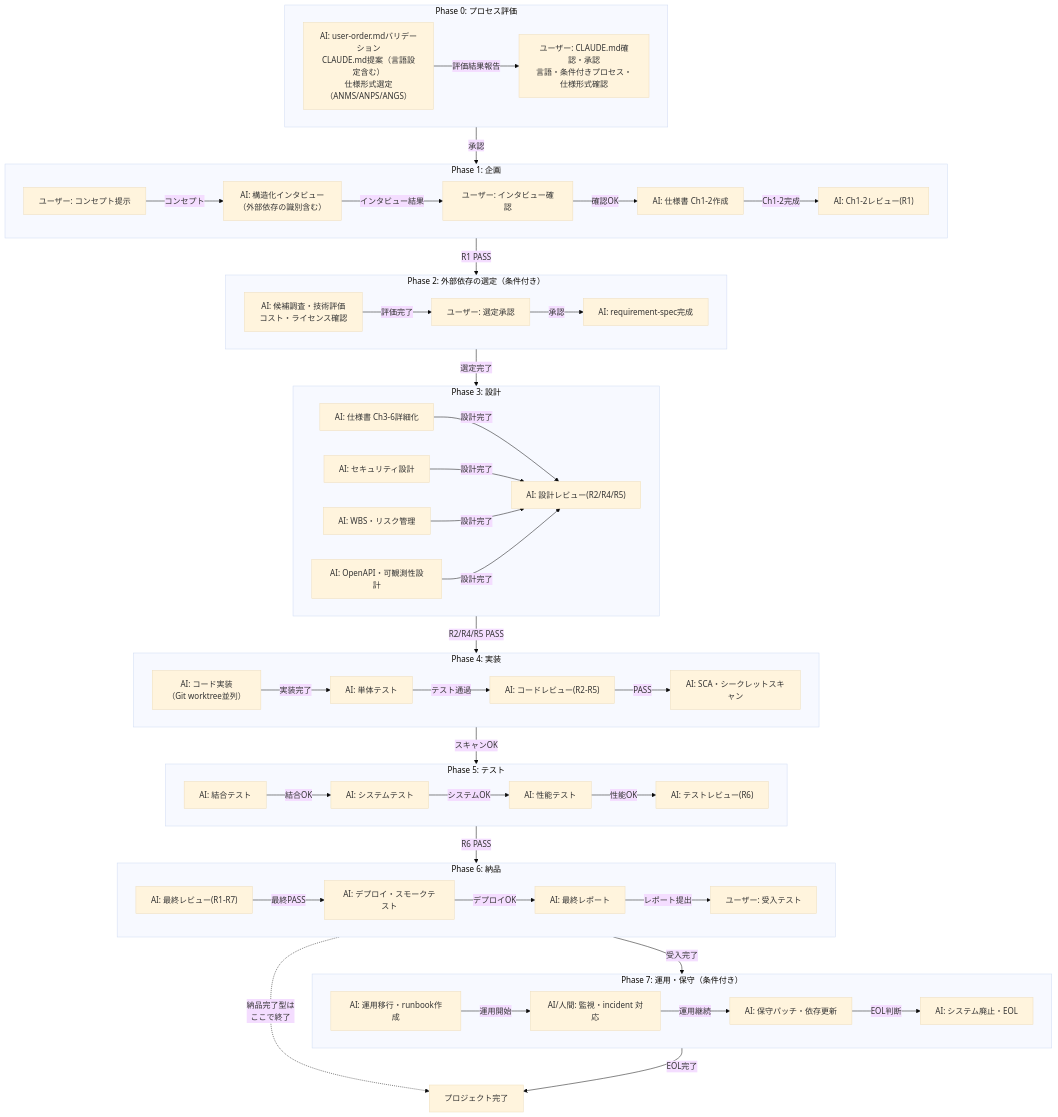
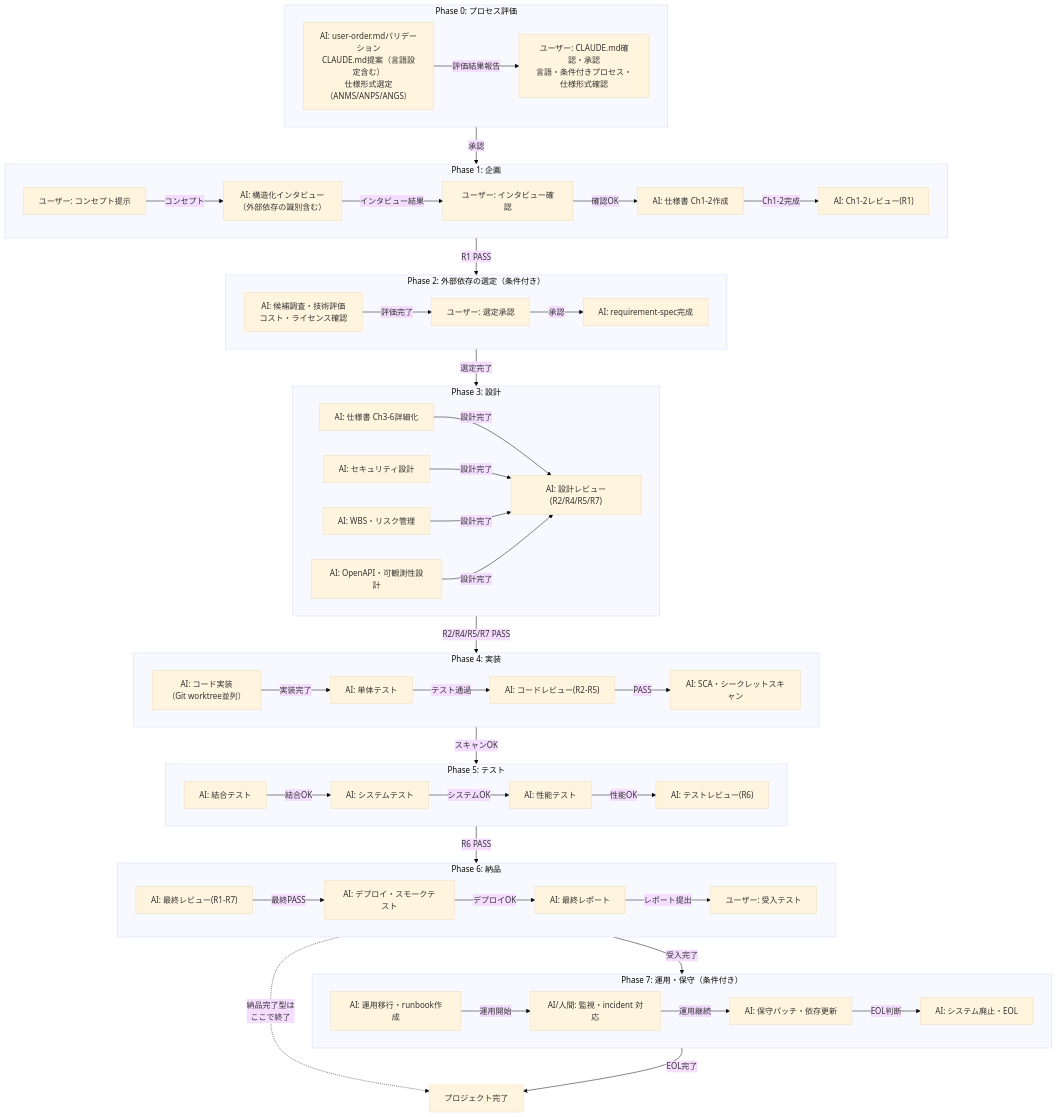
One commit to GoodRelax/gr-sw-maker changed the second of 12 diagrams in framework-src/ja/process-rules/full-auto-dev-process-rules.md. Above: the diagram before and after it, drawn with Mermaid (base theme). The commit also changed other lines of this file and 17 other files, not shown here.

```diff
--- a/framework-src/ja/process-rules/full-auto-dev-process-rules.md
+++ b/framework-src/ja/process-rules/full-auto-dev-process-rules.md
@@ -276,7 +276,7 @@
         P3DB["AI: セキュリティ設計"]
         P3DC["AI: WBS・リスク管理"]
         P3DE["AI: OpenAPI・可観測性設計"]
-        P3DD["AI: 設計レビュー(R2/R4/R5)"]
+        P3DD["AI: 設計レビュー(R2/R4/R5/R7)"]
         P3DA -->|"設計完了"| P3DD
         P3DB -->|"設計完了"| P3DD
         P3DC -->|"設計完了"| P3DD
@@ -316,7 +316,7 @@
     Phase0 -->|"承認"| Phase1
     Phase1 -->|"R1 PASS"| Phase2
     Phase2 -->|"選定完了"| Phase3
-    Phase3 -->|"R2/R4/R5 PASS"| Phase4
+    Phase3 -->|"R2/R4/R5/R7 PASS"| Phase4
     Phase4 -->|"スキャンOK"| Phase5
     Phase5 -->|"R6 PASS"| Phase6
 
```
